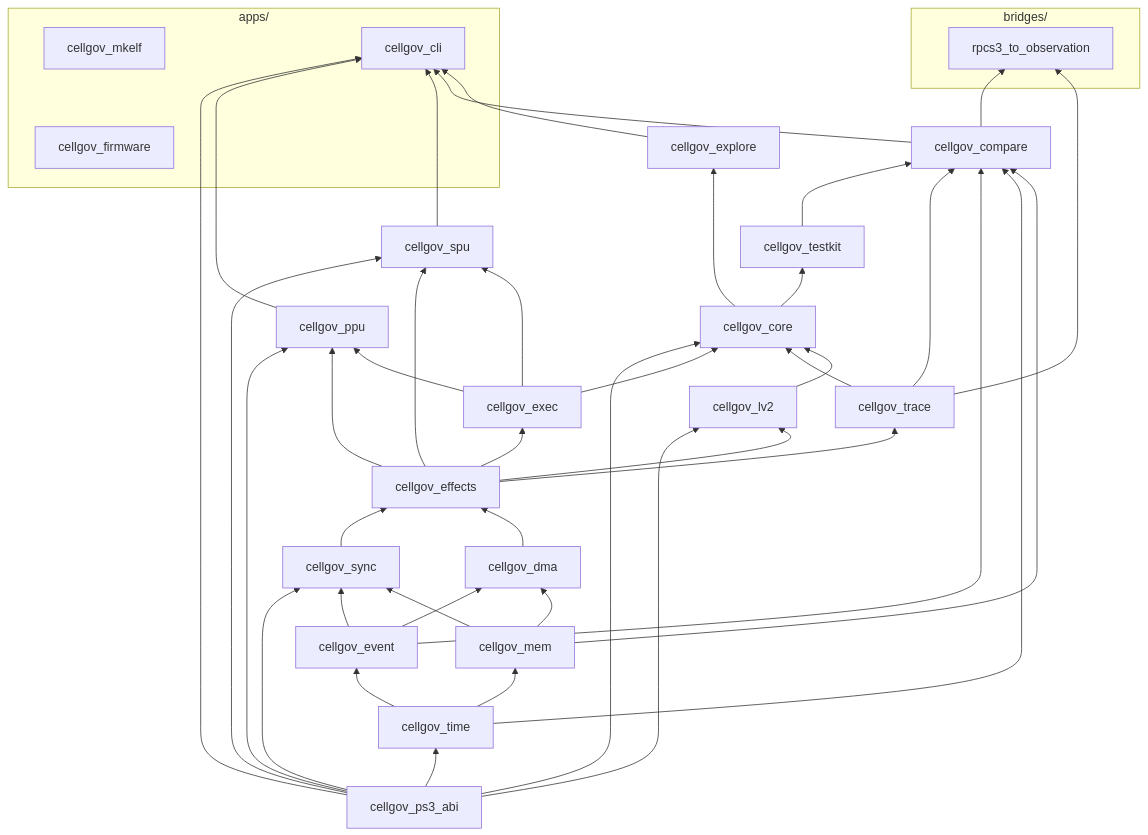
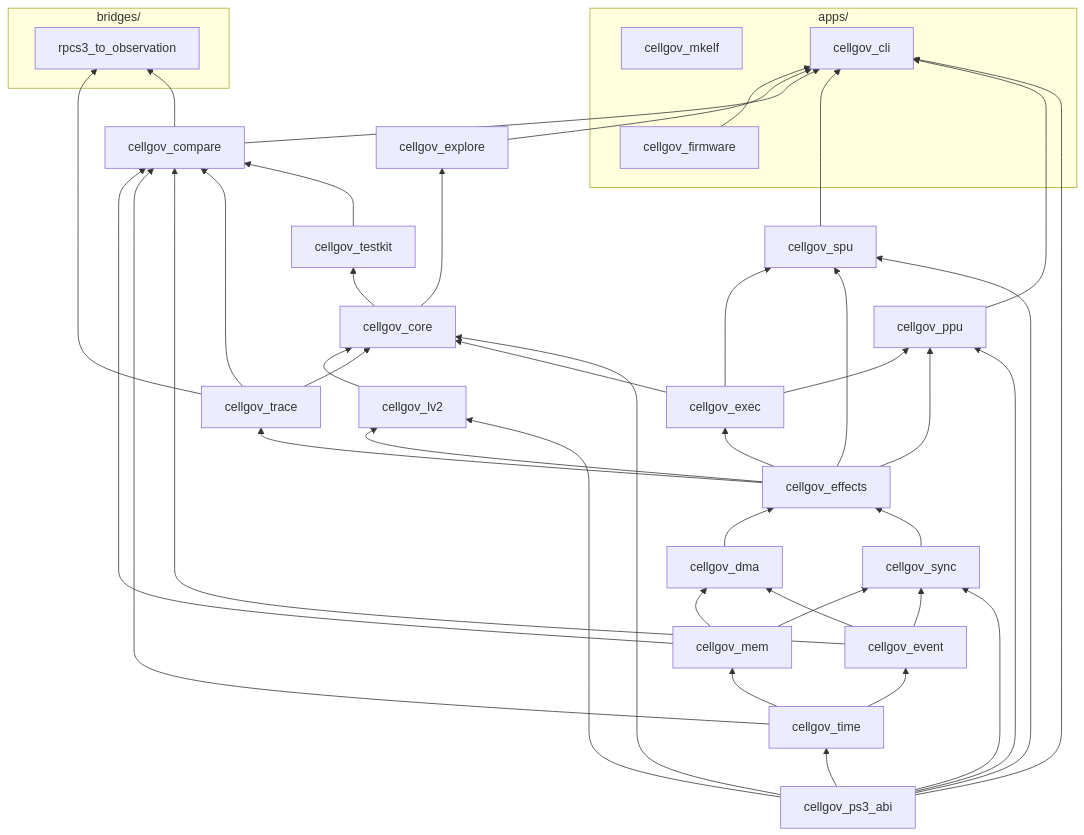
The diagram in docs/architecture.md (RoyalAce22/CellGov), drawn with Mermaid before and after one commit. The commit also changed other lines of this file and 70 other files, not shown here.

````diff
--- a/docs/architecture.md
+++ b/docs/architecture.md
@@ -26,79 +26,80 @@
 ```mermaid
 graph BT
   subgraph apps ["apps/"]
     firmware["cellgov_firmware"]
     mkelf["cellgov_mkelf"]
     cli["cellgov_cli"]
   end
 
   subgraph bridges ["bridges/"]
     rpcs3obs["rpcs3_to_observation"]
   end
 
   ps3_abi[cellgov_ps3_abi]
   time[cellgov_time]
   event[cellgov_event]
   mem[cellgov_mem]
   sync[cellgov_sync]
   dma[cellgov_dma]
   effects[cellgov_effects]
   exec[cellgov_exec]
   trace[cellgov_trace]
   lv2[cellgov_lv2]
   core[cellgov_core]
   ppu[cellgov_ppu]
   spu[cellgov_spu]
   testkit[cellgov_testkit]
   explore[cellgov_explore]
   compare[cellgov_compare]
 
   ps3_abi --> time
   ps3_abi --> sync
   ps3_abi --> lv2
   ps3_abi --> ppu
   ps3_abi --> spu
   ps3_abi --> core
   ps3_abi --> cli
 
   time --> event
   time --> mem
 
   event --> sync
   event --> dma
   mem --> sync
   mem --> dma
 
   sync --> effects
   dma --> effects
 
   effects --> exec
   effects --> trace
   effects --> lv2
   effects --> ppu
   effects --> spu
 
   exec --> core
   exec --> ppu
   exec --> spu
   trace --> core
   lv2 --> core
 
   core --> testkit
   core --> explore
 
   testkit --> compare
   trace --> compare
   event --> compare
   time --> compare
   mem --> compare
 
   ppu --> cli
   spu --> cli
   compare --> cli
   explore --> cli
   compare --> rpcs3obs
   trace --> rpcs3obs
 
   ppu ~~~ spu
+  firmware --> cli
   firmware ~~~ mkelf
 ```
````
